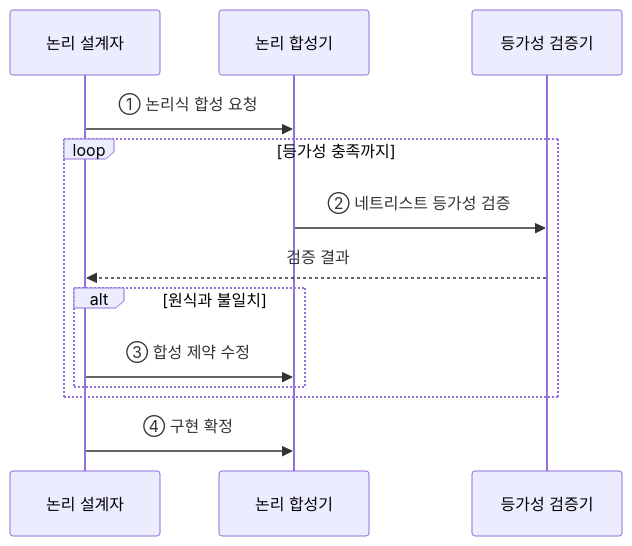
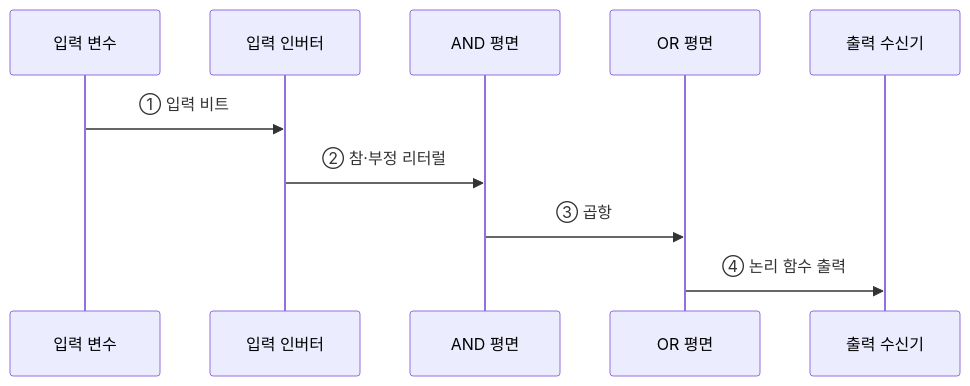
One commit to agnusdei1207/knowledge-base changed the second of 2 diagrams in src/content/docs/notes/01-basic-theory/025_logic_gates_boolean.md. Above: the diagram before and after it, drawn with Mermaid. The commit also changed other lines of this file and 20 other files, not shown here.

````diff
--- a/src/content/docs/notes/01-basic-theory/025_logic_gates_boolean.md
+++ b/src/content/docs/notes/01-basic-theory/025_logic_gates_boolean.md
@@ -92,15 +92,12 @@
 ```mermaid
 sequenceDiagram
-    participant D as 논리 설계자
-    participant S as 논리 합성기
-    participant V as 등가성 검증기
-    D->>S: ① 논리식 합성 요청
-    loop 등가성 충족까지
-        S->>V: ② 네트리스트 등가성 검증
-        V-->>D: 검증 결과
-        alt 원식과 불일치
-            D->>S: ③ 합성 제약 수정
-        end
-    end
-    D->>S: ④ 구현 확정
+    participant V as 입력 변수
+    participant I as 입력 인버터
+    participant A as AND 평면
+    participant O as OR 평면
+    participant Y as 출력 수신기
+    V->>I: ① 입력 비트
+    I->>A: ② 참·부정 리터럴
+    A->>O: ③ 곱항
+    O->>Y: ④ 논리 함수 출력
 ```
````
